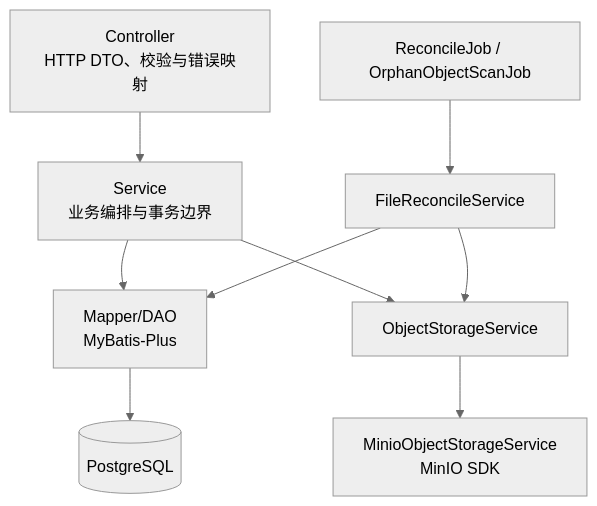
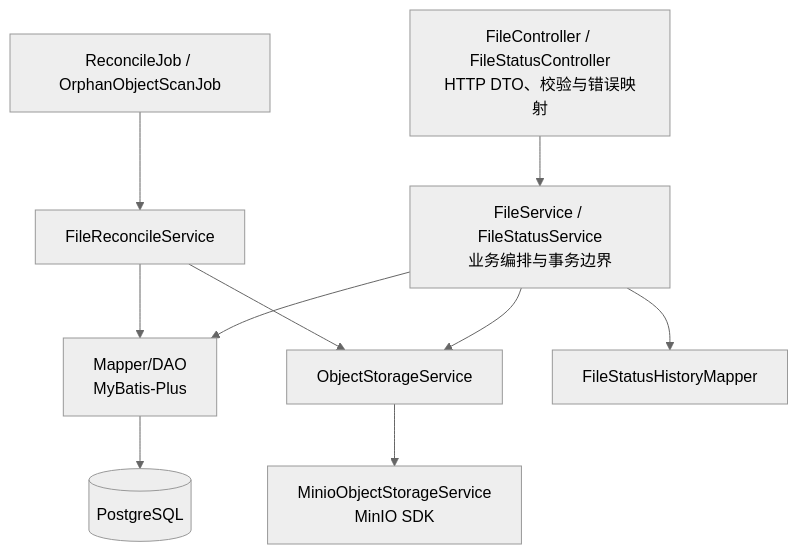
One commit to crudboy008/file-center-service changed the second of 3 diagrams in docs/V0.1.0/hld/HLD-001-系统架构与技术版本基线.md. Above: the diagram before and after it, drawn with Mermaid (neutral theme). The commit also changed other lines of this file and 34 other files, not shown here.

````diff
--- a/docs/V0.1.0/hld/HLD-001-系统架构与技术版本基线.md
+++ b/docs/V0.1.0/hld/HLD-001-系统架构与技术版本基线.md
@@ -70,11 +74,12 @@
 ```mermaid
 flowchart TD
-    C[Controller<br/>HTTP DTO、校验与错误映射] --> S[Service<br/>业务编排与事务边界]
+    C[FileController / FileStatusController<br/>HTTP DTO、校验与错误映射] --> S[FileService / FileStatusService<br/>业务编排与事务边界]
     S --> M[Mapper/DAO<br/>MyBatis-Plus]
     M --> PG[(PostgreSQL)]
     S --> OS[ObjectStorageService]
     OS --> MI[MinioObjectStorageService<br/>MinIO SDK]
     J[ReconcileJob / OrphanObjectScanJob] --> RS[FileReconcileService]
     RS --> M
     RS --> OS
+    S --> H[FileStatusHistoryMapper]
 ```
````
